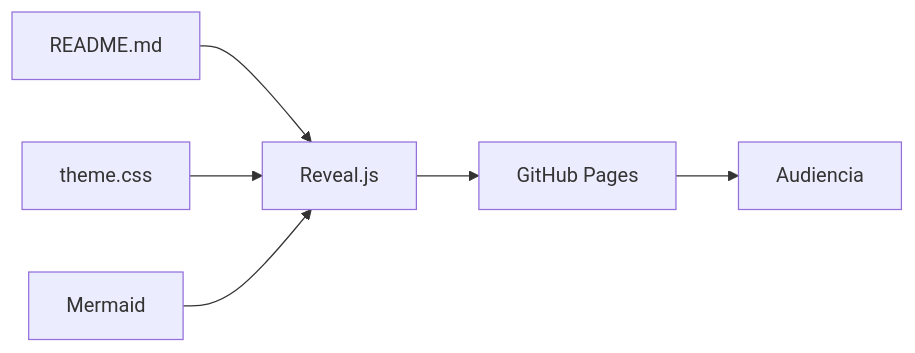
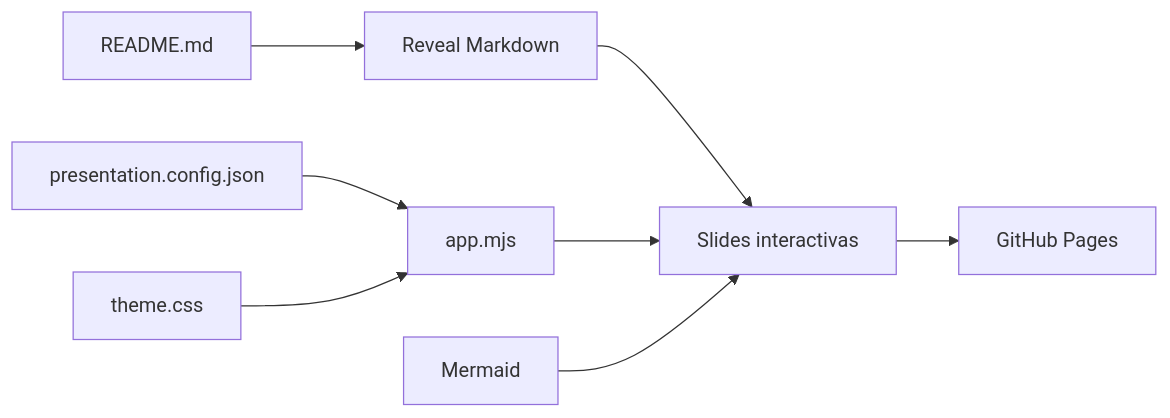
The first of 4 diagrams in README.md (jorgektch/readme-to-slides), drawn with Mermaid before and after one commit. The commit also changed other lines of this file and 19 other files, not shown here.

````diff
--- a/README.md
+++ b/README.md
@@ -66,8 +87,10 @@
 ```mermaid
 flowchart LR
-    A["README.md"] --> B["Reveal.js"]
-    C["theme.css"] --> B
-    D["Mermaid"] --> B
-    B --> E["GitHub Pages"]
-    E --> F["Audiencia"]
+    A["README.md"] --> B["Reveal Markdown"]
+    C["presentation.config.json"] --> D["app.mjs"]
+    E["theme.css"] --> D
+    B --> F["Slides interactivas"]
+    D --> F
+    G["Mermaid"] --> F
+    F --> H["GitHub Pages"]
 ```
````
